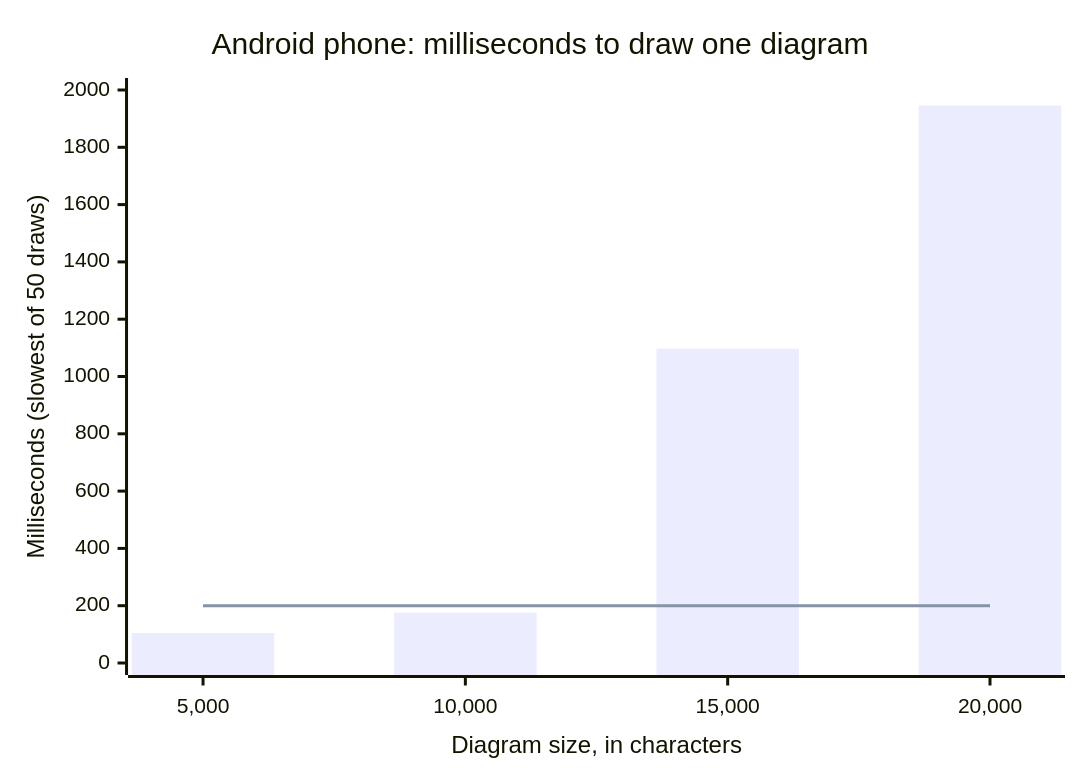
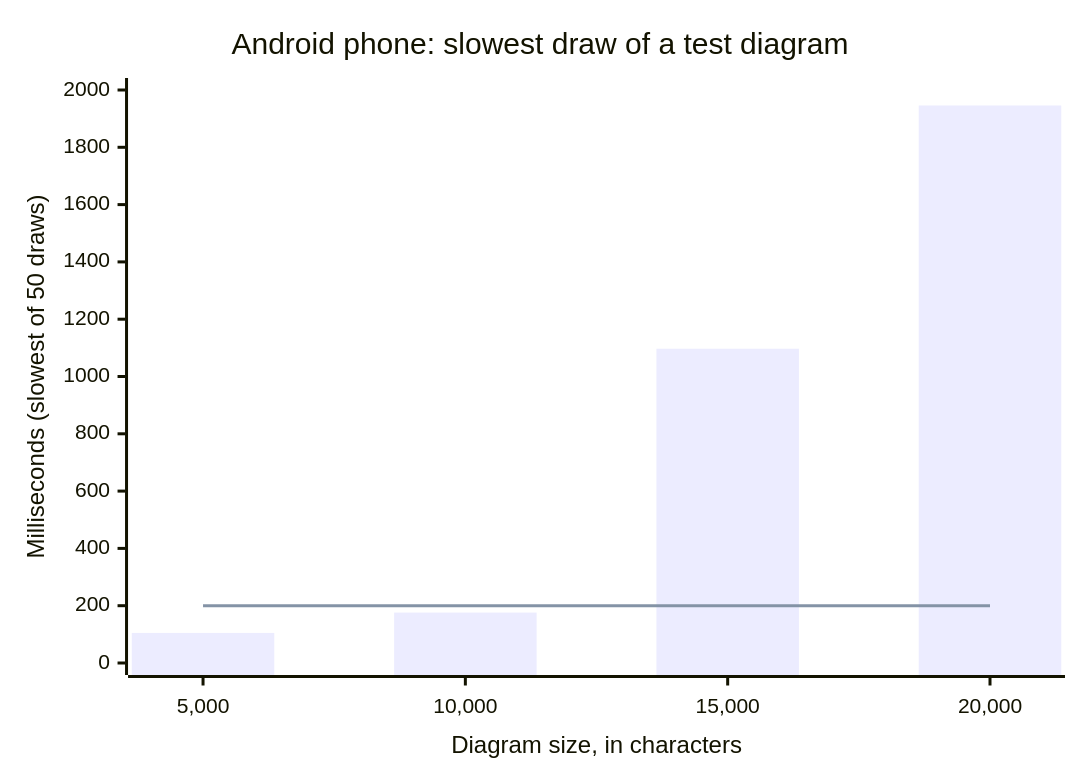
Before and after one commit to docs-plus/docs.plus: the sixth of 7 diagrams in docs/DEMO.md, drawn with Mermaid. The commit also changed other lines of this file, not shown here.

First line of the commit message:
docs(demo): say the phone numbers are the slowest of 50 draws

````diff
--- a/docs/DEMO.md
+++ b/docs/DEMO.md
@@ -553,8 +553,8 @@
 ```mermaid
 xychart-beta
-  title "Android phone: milliseconds to draw one diagram"
+  title "Android phone: slowest draw of a test diagram"
   x-axis "Diagram size, in characters" ["5,000", "10,000", "15,000", "20,000"]
   y-axis "Milliseconds (slowest of 50 draws)" 0 --> 2000
   bar [105, 176, 1097, 1946]
   line [200, 200, 200, 200]
 ```
````
